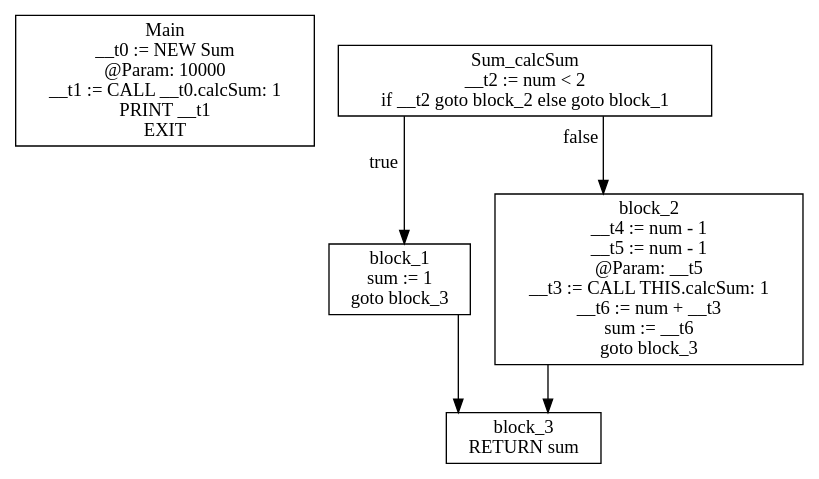
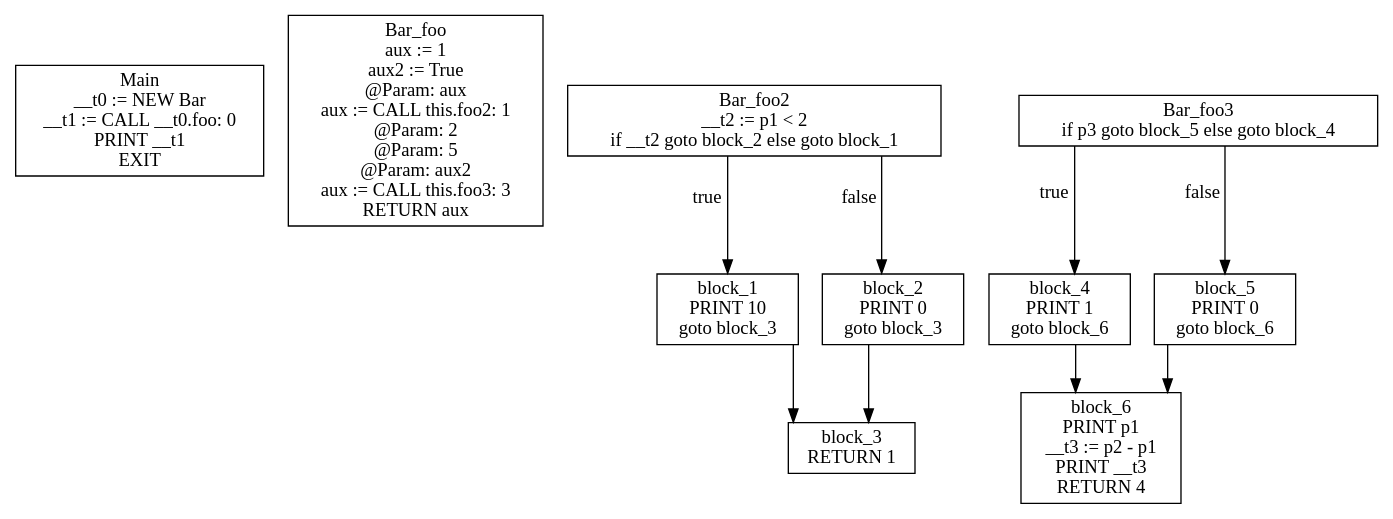
One commit to AIlhomov/Flex changed the diagram in assignment_1/getting_started/cfg.dot. Above: the diagram before and after it, drawn with Graphviz. The commit also changed 17 other files, not shown here.

```diff
--- a/assignment_1/getting_started/cfg.dot
+++ b/assignment_1/getting_started/cfg.dot
@@ -1,13 +1,22 @@
 digraph CFG {
 graph [splines=ortho];
 node [shape=box];
-Main [label="Main\n__t0 := NEW Sum\n @Param: 10000\n__t1 := CALL __t0.calcSum: 1\nPRINT __t1\nEXIT\n"];
-Sum_calcSum -> block_1 [xlabel="true"];
-Sum_calcSum -> block_2 [xlabel="false"];
-Sum_calcSum [label="Sum_calcSum\n__t2 := num < 2\nif __t2 goto block_2 else goto block_1\n"];
+Main [label="Main\n__t0 := NEW Bar\n__t1 := CALL __t0.foo: 0\nPRINT __t1\nEXIT\n"];
+Bar_foo [label="Bar_foo\naux := 1\naux2 := True\n @Param: aux\naux := CALL this.foo2: 1\n @Param: 2\n @Param: 5\n @Param: aux2\naux := CALL this.foo3: 3\nRETURN aux\n"];
+Bar_foo2 -> block_1 [xlabel="true"];
+Bar_foo2 -> block_2 [xlabel="false"];
+Bar_foo2 [label="Bar_foo2\n__t2 := p1 < 2\nif __t2 goto block_2 else goto block_1\n"];
 block_1 -> block_3;
-block_1 [label="block_1\nsum := 1\ngoto block_3\n"];
+block_1 [label="block_1\nPRINT 10\ngoto block_3\n"];
 block_2 -> block_3;
-block_2 [label="block_2\n__t4 := num - 1\n__t5 := num - 1\n @Param: __t5\n__t3 := CALL THIS.calcSum: 1\n__t6 := num + __t3\nsum := __t6\ngoto block_3\n"];
-block_3 [label="block_3\nRETURN sum\n"];
+block_2 [label="block_2\nPRINT 0\ngoto block_3\n"];
+block_3 [label="block_3\nRETURN 1\n"];
+Bar_foo3 -> block_4 [xlabel="true"];
+Bar_foo3 -> block_5 [xlabel="false"];
+Bar_foo3 [label="Bar_foo3\nif p3 goto block_5 else goto block_4\n"];
+block_4 -> block_6;
+block_4 [label="block_4\nPRINT 1\ngoto block_6\n"];
+block_5 -> block_6;
+block_5 [label="block_5\nPRINT 0\ngoto block_6\n"];
+block_6 [label="block_6\nPRINT p1\n__t3 := p2 - p1\nPRINT __t3\nRETURN 4\n"];
 }
```
